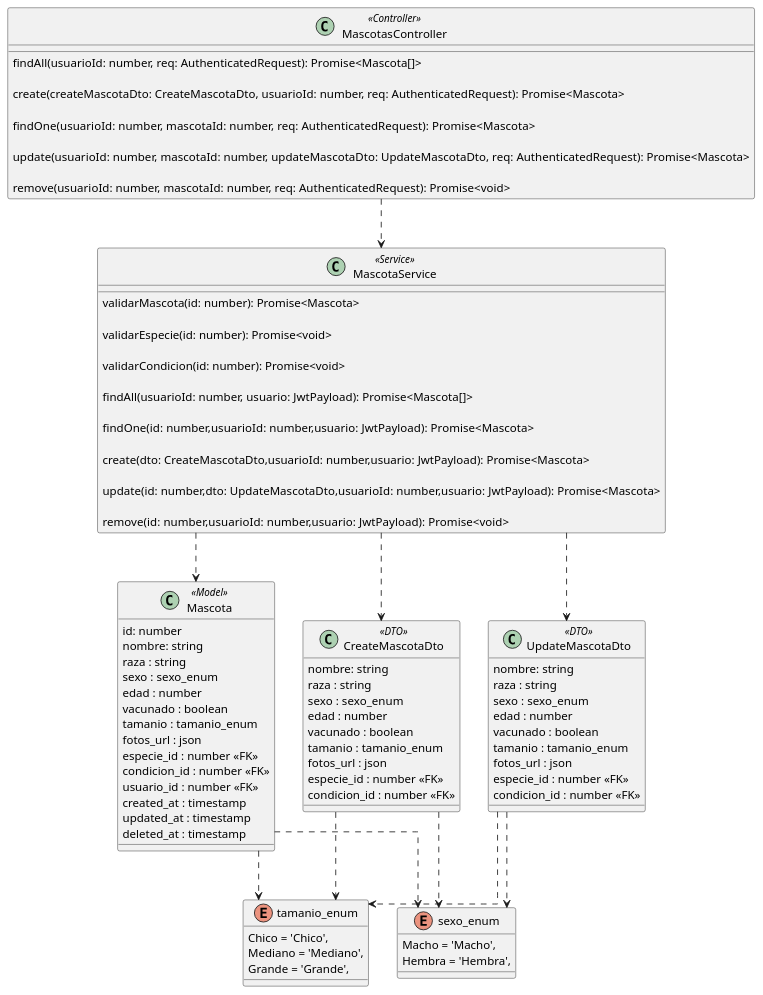
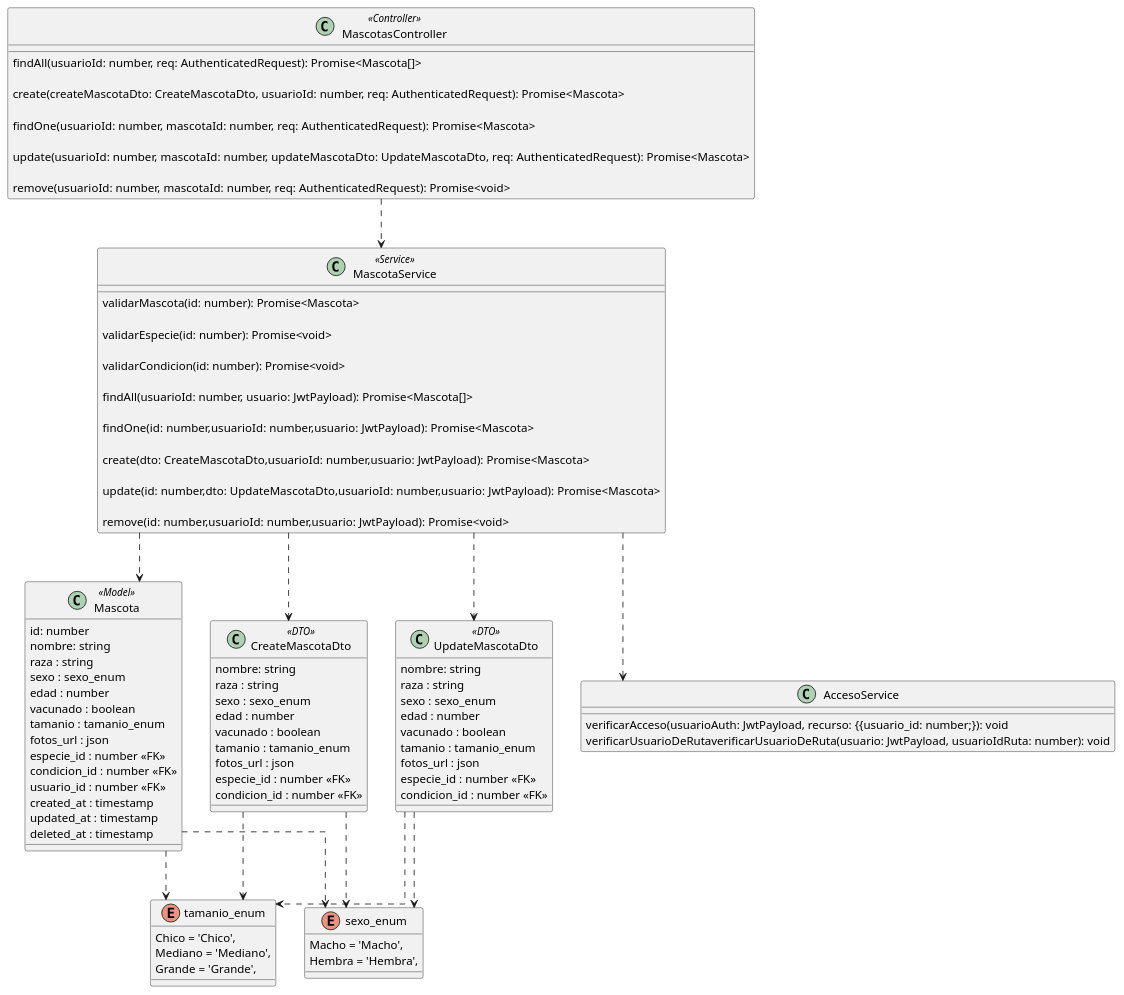
The diagram in documentacion/diagramas/Diagramas de clases/diagrama_clase_mascota.puml (fedef1982/2025-TUP-Prog3-TP-Grupo2), drawn with PlantUML before and after one commit. The commit also changed 4 other files, not shown here.

Commit message:
diagramas

```diff
--- a/documentacion/diagramas/Diagramas de clases/diagrama_clase_mascota.puml
+++ b/documentacion/diagramas/Diagramas de clases/diagrama_clase_mascota.puml
@@ -1,105 +1,115 @@
 @startuml AdoptAR
 
 skinparam Linetype ortho
 
 class Mascota <<Model>> {
   id: number 
   nombre: string
   raza : string
   sexo : sexo_enum
   edad : number
   vacunado : boolean
   tamanio : tamanio_enum
   fotos_url : json
   especie_id : number <<FK>>
   condicion_id : number <<FK>>
   usuario_id : number <<FK>>
   created_at : timestamp
   updated_at : timestamp
   deleted_at : timestamp
 }
 
 class CreateMascotaDto <<DTO>> {
   nombre: string
   raza : string
   sexo : sexo_enum
   edad : number
   vacunado : boolean
   tamanio : tamanio_enum
   fotos_url : json
   especie_id : number <<FK>>
   condicion_id : number <<FK>>
   }
 
 class UpdateMascotaDto <<DTO>>{
   nombre: string
   raza : string
   sexo : sexo_enum
   edad : number
   vacunado : boolean
   tamanio : tamanio_enum
   fotos_url : json
   especie_id : number <<FK>>
   condicion_id : number <<FK>>
   }
 
 class MascotasController <<Controller>> {
 
   '
   findAll(usuarioId: number, req: AuthenticatedRequest): Promise<Mascota[]>
 
   create(createMascotaDto: CreateMascotaDto, usuarioId: number, req: AuthenticatedRequest): Promise<Mascota>
 
   findOne(usuarioId: number, mascotaId: number, req: AuthenticatedRequest): Promise<Mascota>
 
   update(usuarioId: number, mascotaId: number, updateMascotaDto: UpdateMascotaDto, req: AuthenticatedRequest): Promise<Mascota>
 
   remove(usuarioId: number, mascotaId: number, req: AuthenticatedRequest): Promise<void>
   }
 
 class MascotaService <<Service>> {
 
 validarMascota(id: number): Promise<Mascota>
 
 validarEspecie(id: number): Promise<void>
 
 validarCondicion(id: number): Promise<void> 
 
 findAll(usuarioId: number, usuario: JwtPayload): Promise<Mascota[]>
 
 findOne(id: number,usuarioId: number,usuario: JwtPayload): Promise<Mascota> 
 
 create(dto: CreateMascotaDto,usuarioId: number,usuario: JwtPayload): Promise<Mascota> 
 
 update(id: number,dto: UpdateMascotaDto,usuarioId: number,usuario: JwtPayload): Promise<Mascota> 
 
 remove(id: number,usuarioId: number,usuario: JwtPayload): Promise<void> 
 
 }
 
 enum tamanio_enum{
   Chico = 'Chico',
   Mediano = 'Mediano',
   Grande = 'Grande',
 }
 enum sexo_enum{
   Macho = 'Macho',
   Hembra = 'Hembra',
 }
 
+class AccesoService{
+
+    verificarAcceso(usuarioAuth: JwtPayload, recurso: {{usuario_id: number;}): void    
+    
+    verificarUsuarioDeRutaverificarUsuarioDeRuta(usuario: JwtPayload, usuarioIdRuta: number): void
+
+}
+
 /' Relaciones '/
 MascotasController ..> MascotaService 
 MascotaService ..> CreateMascotaDto 
 MascotaService ..> UpdateMascotaDto 
 MascotaService ..> Mascota 
 
 Mascota  ..> tamanio_enum
 Mascota  ..> sexo_enum
 
 UpdateMascotaDto ..> tamanio_enum
 UpdateMascotaDto ..> sexo_enum
 
 CreateMascotaDto ..> tamanio_enum
 CreateMascotaDto ..> sexo_enum
 
+MascotaService ..> AccesoService
+
 @enduml
```
